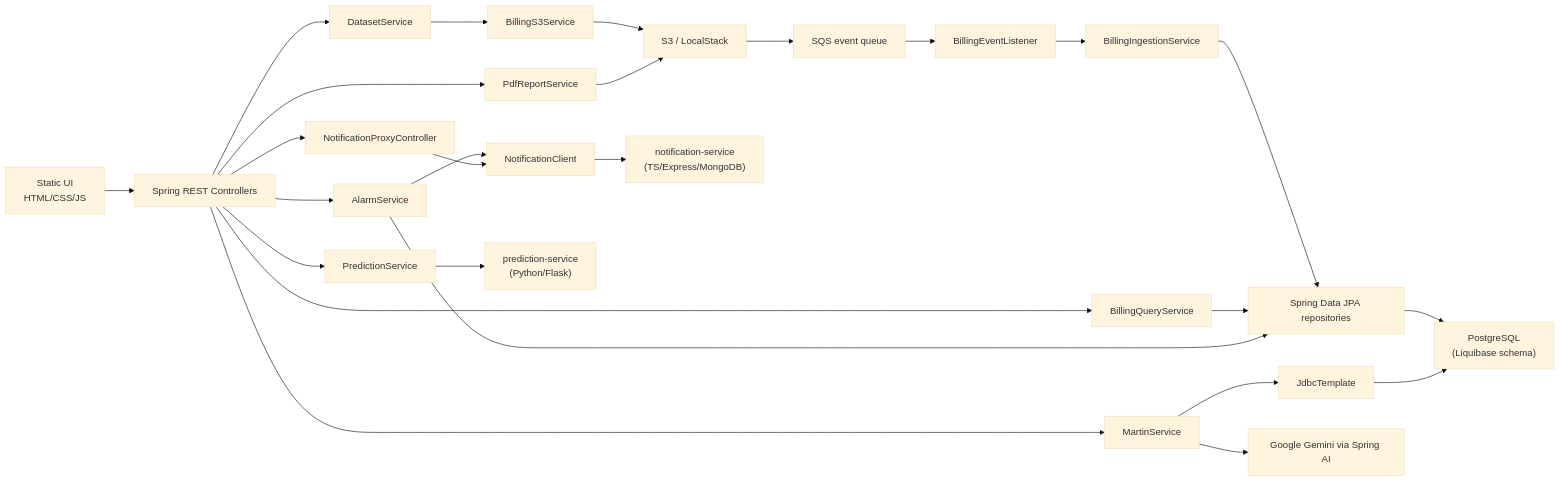
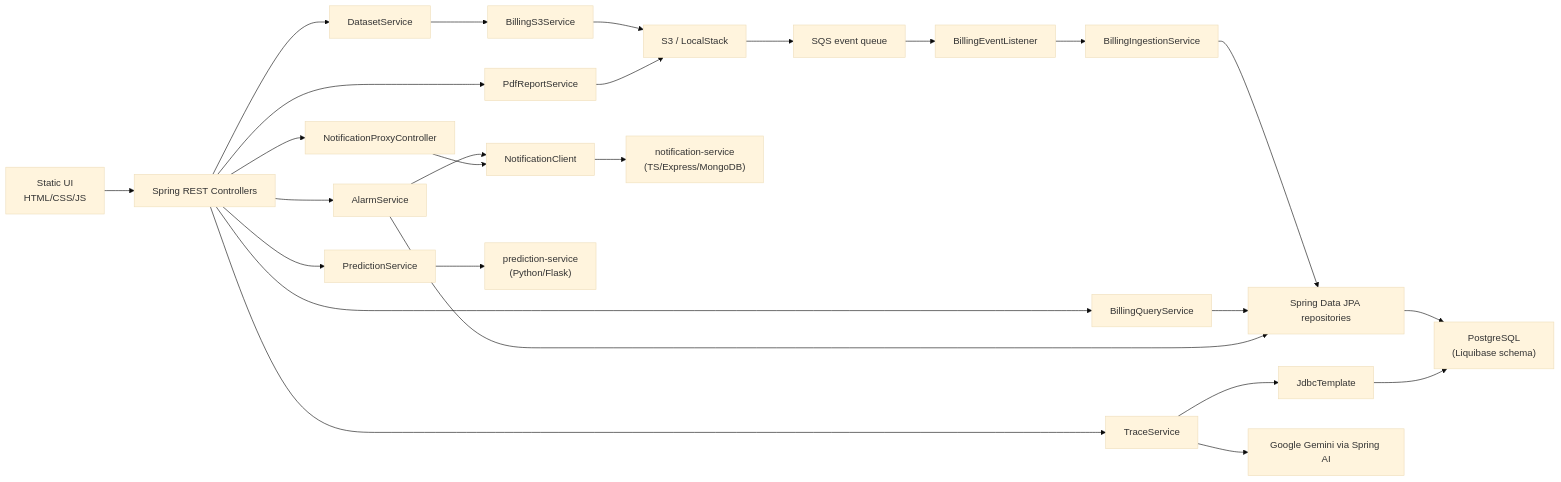
One commit to jawadazeem/Project-ETL changed the second of 5 diagrams in docs/product-system-documentation.md. Above: the diagram before and after it, drawn with Mermaid (base theme). The commit also changed other lines of this file and 36 other files, not shown here.

````diff
--- a/docs/product-system-documentation.md
+++ b/docs/product-system-documentation.md
@@ -81,28 +81,28 @@
 ```mermaid
 flowchart LR
     StaticUI["Static UI\nHTML/CSS/JS"] --> Controllers["Spring REST Controllers"]
     Controllers --> DatasetService["DatasetService"]
     Controllers --> BillingService["BillingQueryService"]
     Controllers --> AlarmService["AlarmService"]
-    Controllers --> MartinService["MartinService"]
+    Controllers --> TraceService["TraceService"]
     Controllers --> PdfService["PdfReportService"]
     Controllers --> PredService["PredictionService"]
     Controllers --> NotifProxy["NotificationProxyController"]
     DatasetService --> S3Service["BillingS3Service"]
     S3Service --> S3["S3 / LocalStack"]
     S3 --> SQS["SQS event queue"]
     SQS --> Listener["BillingEventListener"]
     Listener --> Ingestion["BillingIngestionService"]
     Ingestion --> Repository["Spring Data JPA repositories"]
     BillingService --> Repository
     AlarmService --> Repository
     AlarmService --> NotifClient["NotificationClient"]
     NotifClient --> NotifService["notification-service\n(TS/Express/MongoDB)"]
     NotifProxy --> NotifClient
     PredService --> PredMicro["prediction-service\n(Python/Flask)"]
     PdfService --> S3
-    MartinService --> JDBC["JdbcTemplate"]
-    MartinService --> Gemini["Google Gemini via Spring AI"]
+    TraceService --> JDBC["JdbcTemplate"]
+    TraceService --> Gemini["Google Gemini via Spring AI"]
     Repository --> DB["PostgreSQL\n(Liquibase schema)"]
     JDBC --> DB
 ```
````
